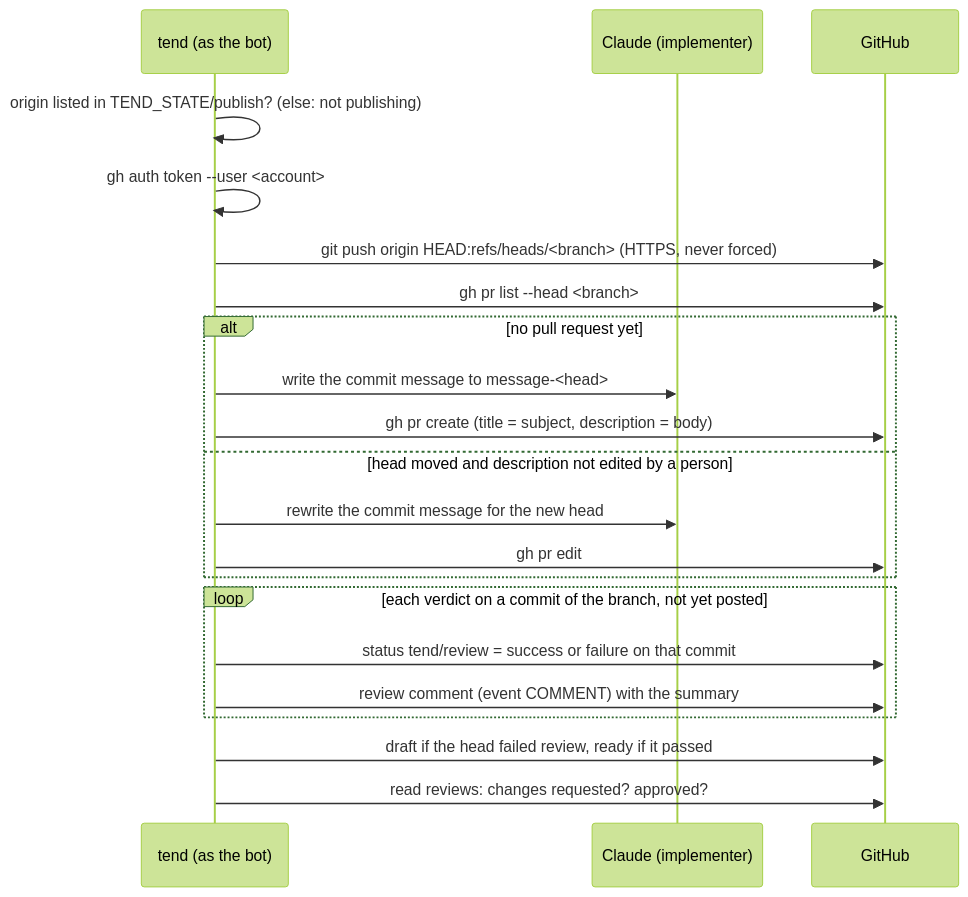
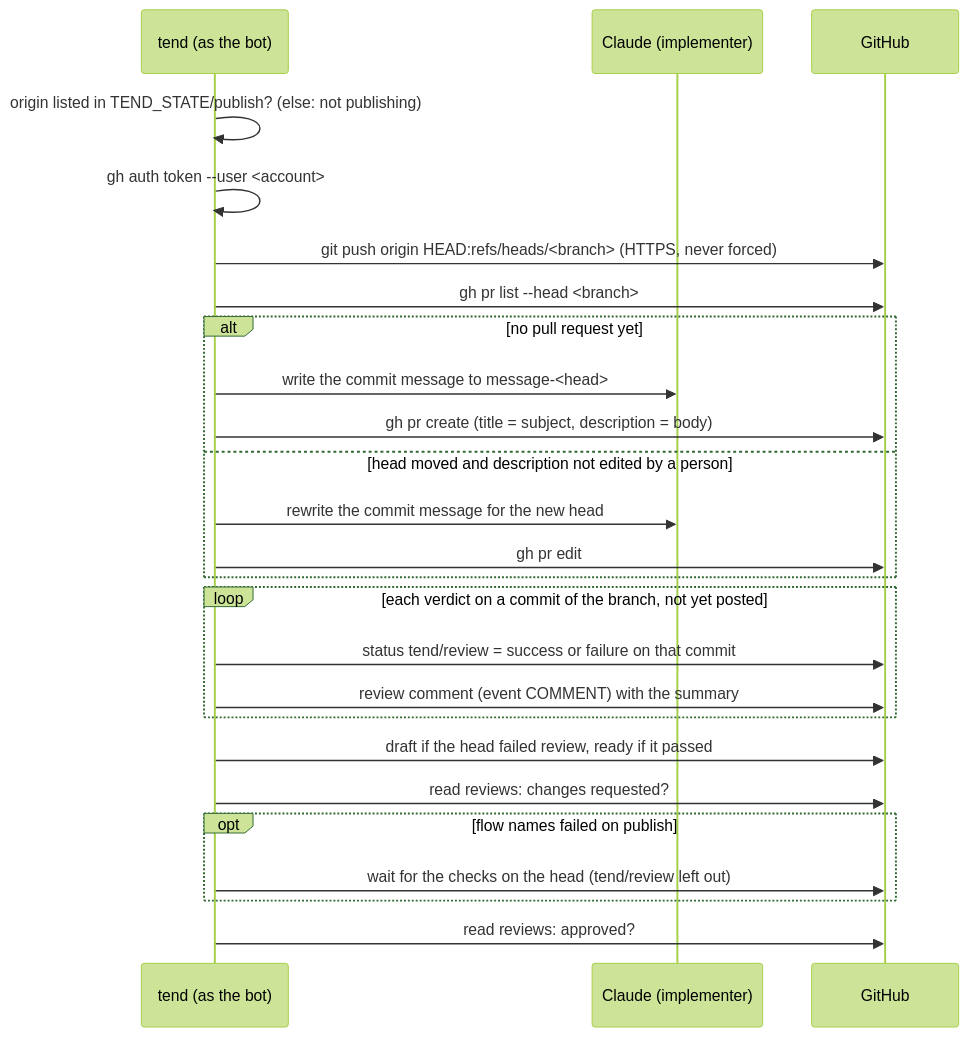
The diagram in guide/concepts/publication.md (mascah/tend), drawn with Mermaid (forest theme) before and after one commit. The commit also changed other lines of this file and 6 other files, not shown here.

Commit message:
docs: send publish's failed to fix in tend's own flow and say so (T-02)

````diff
--- a/guide/concepts/publication.md
+++ b/guide/concepts/publication.md
@@ -3,23 +3,27 @@
 ```mermaid
 sequenceDiagram
     participant T as tend (as the bot)
     participant C as Claude (implementer)
     participant GH as GitHub
     T->>T: origin listed in TEND_STATE/publish? (else: not publishing)
     T->>T: gh auth token --user #lt;account#gt;
     T->>GH: git push origin HEAD:refs/heads/#lt;branch#gt; (HTTPS, never forced)
     T->>GH: gh pr list --head #lt;branch#gt;
     alt no pull request yet
         T->>C: write the commit message to message-#lt;head#gt;
         T->>GH: gh pr create (title = subject, description = body)
     else head moved and description not edited by a person
         T->>C: rewrite the commit message for the new head
         T->>GH: gh pr edit
     end
     loop each verdict on a commit of the branch, not yet posted
         T->>GH: status tend/review = success or failure on that commit
         T->>GH: review comment (event COMMENT) with the summary
     end
     T->>GH: draft if the head failed review, ready if it passed
-    T->>GH: read reviews: changes requested? approved?
+    T->>GH: read reviews: changes requested?
+    opt flow names failed on publish
+        T->>GH: wait for the checks on the head (tend/review left out)
+    end
+    T->>GH: read reviews: approved?
 ```
````
